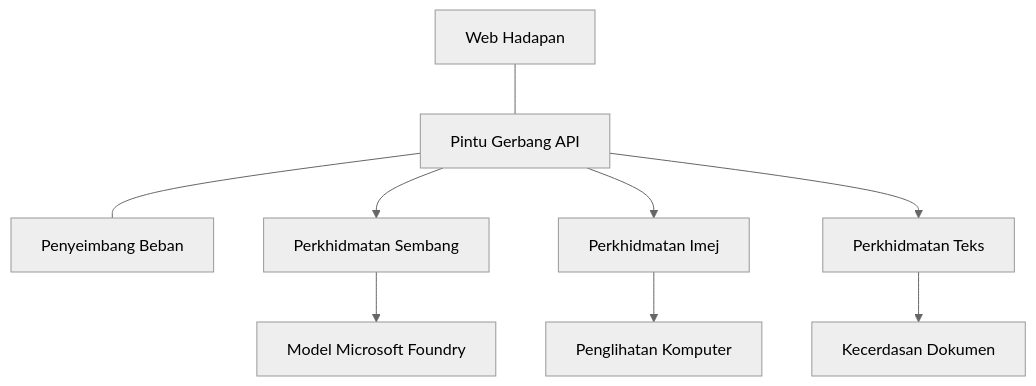
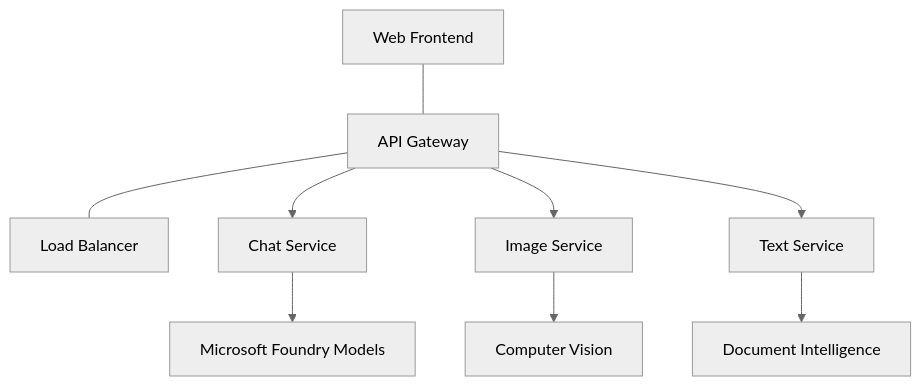
One commit to microsoft/AZD-for-beginners changed the diagram in translations/ms/docs/chapter-08-production/production-ai-practices.md. Above: the diagram before and after it, drawn with Mermaid (neutral theme). The commit also changed other lines of this file and 167 other files, not shown here.

````diff
--- a/translations/ms/docs/chapter-08-production/production-ai-practices.md
+++ b/translations/ms/docs/chapter-08-production/production-ai-practices.md
@@ -30,10 +26,10 @@
 ```mermaid
 graph TD
-    Frontend[Web Hadapan] --- Gateway[Pintu Gerbang API] --- LB[Penyeimbang Beban]
-    Gateway --> Chat[Perkhidmatan Sembang]
-    Gateway --> Image[Perkhidmatan Imej]
-    Gateway --> Text[Perkhidmatan Teks]
-    Chat --> OpenAI[Model Microsoft Foundry]
-    Image --> Vision[Penglihatan Komputer]
-    Text --> DocIntel[Kecerdasan Dokumen]
+    Frontend[Web Frontend] --- Gateway[API Gateway] --- LB[Load Balancer]
+    Gateway --> Chat[Chat Service]
+    Gateway --> Image[Image Service]
+    Gateway --> Text[Text Service]
+    Chat --> OpenAI[Microsoft Foundry Models]
+    Image --> Vision[Computer Vision]
+    Text --> DocIntel[Document Intelligence]
 ```
````
